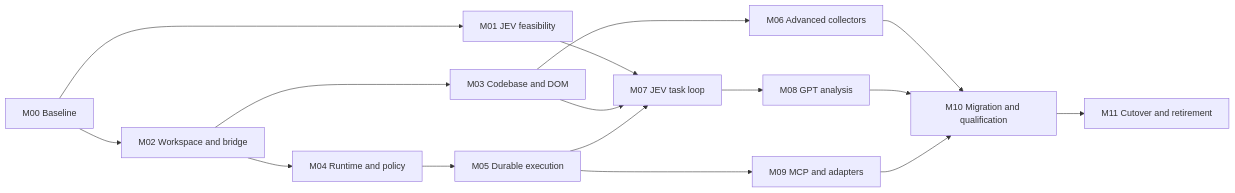
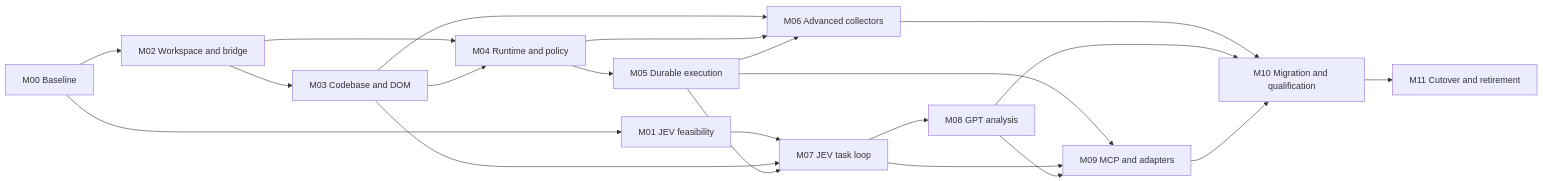
One commit to heungtae/ewap-browser changed the diagram in docs/architecture/web-codebase-agent-migration-plan.md. Above: the diagram before and after it, drawn with Mermaid. The commit also changed other lines of this file and 100 other files, not shown here.

````diff
--- a/docs/architecture/web-codebase-agent-migration-plan.md
+++ b/docs/architecture/web-codebase-agent-migration-plan.md
@@ -19,18 +50,23 @@
 ```mermaid
 flowchart LR
   M00[M00 Baseline] --> M01[M01 JEV feasibility]
   M00 --> M02[M02 Workspace and bridge]
   M01 --> M07[M07 JEV task loop]
   M02 --> M03[M03 Codebase and DOM]
   M02 --> M04[M04 Runtime and policy]
   M03 --> M06[M06 Advanced collectors]
   M04 --> M05[M05 Durable execution]
+  M03 --> M04
+  M04 --> M06
+  M05 --> M06
   M03 --> M07
   M05 --> M07
   M07 --> M08[M08 GPT analysis]
   M05 --> M09[M09 MCP and adapters]
+  M07 --> M09
+  M08 --> M09
   M06 --> M10[M10 Migration and qualification]
   M08 --> M10
   M09 --> M10
   M10 --> M11[M11 Cutover and retirement]
 ```
````
